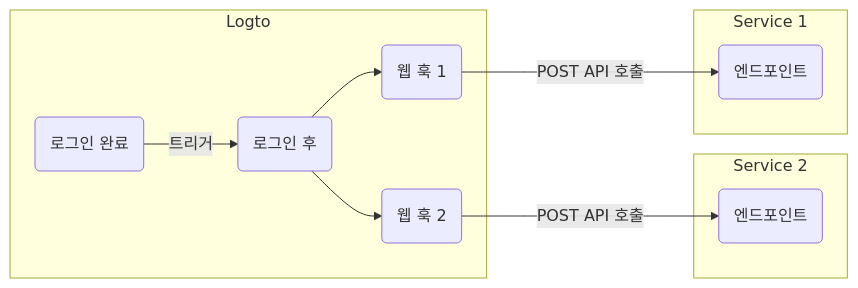
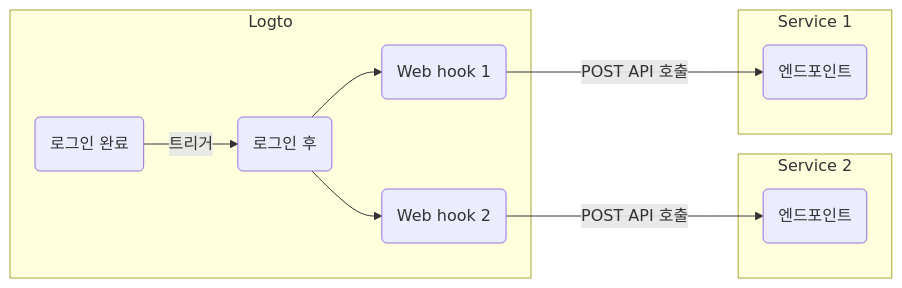
The diagram in i18n/ko/docusaurus-plugin-content-docs/current/developers/webhooks/README.mdx (logto-io/docs), drawn with Mermaid before and after one commit. The commit also changed other lines of this file and 357 other files, not shown here.

````diff
--- a/i18n/ko/docusaurus-plugin-content-docs/current/developers/webhooks/README.mdx
+++ b/i18n/ko/docusaurus-plugin-content-docs/current/developers/webhooks/README.mdx
@@ -36,24 +36,24 @@
 ```mermaid
 graph LR
   subgraph Logto
     SF(로그인 완료)
     PS(로그인 후)
-    WH2(웹 훅 2)
-    WH1(웹 훅 1)
+    WH2(Web hook 2)
+    WH1(Web hook 1)
   end
 
   subgraph Service 2
     E2(엔드포인트)
   end
 
   subgraph Service 1
     E1(엔드포인트)
   end
 
   SF -->|트리거| PS
   PS --> WH1
   PS --> WH2
   WH1 --->|POST API 호출| E1
   WH2 --->|POST API 호출| E2
 
 ```
````
